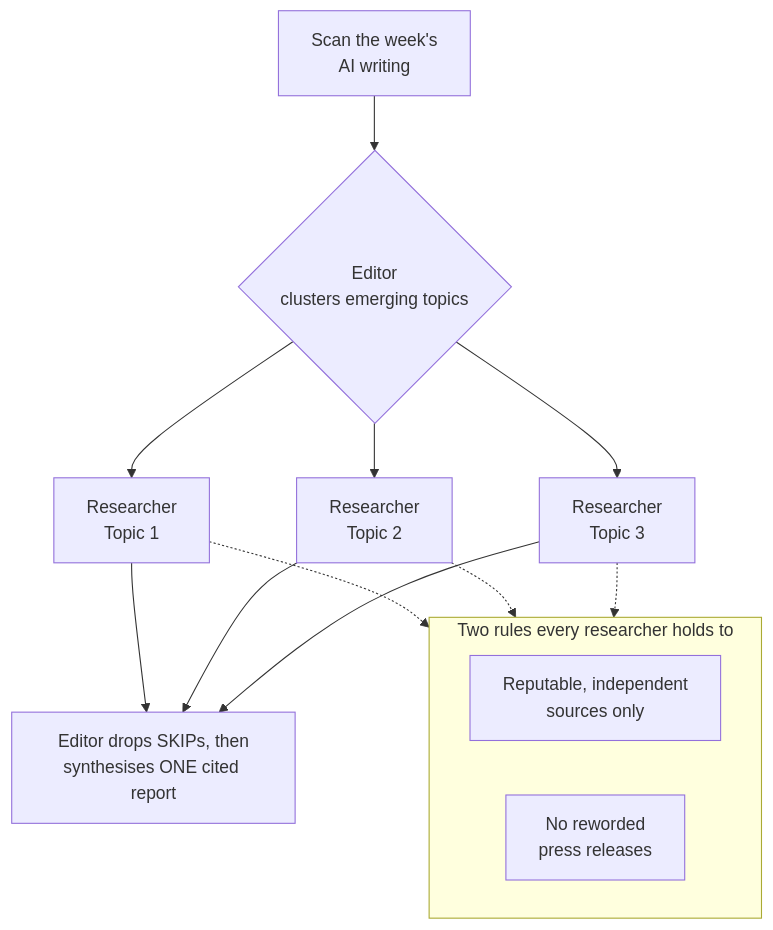
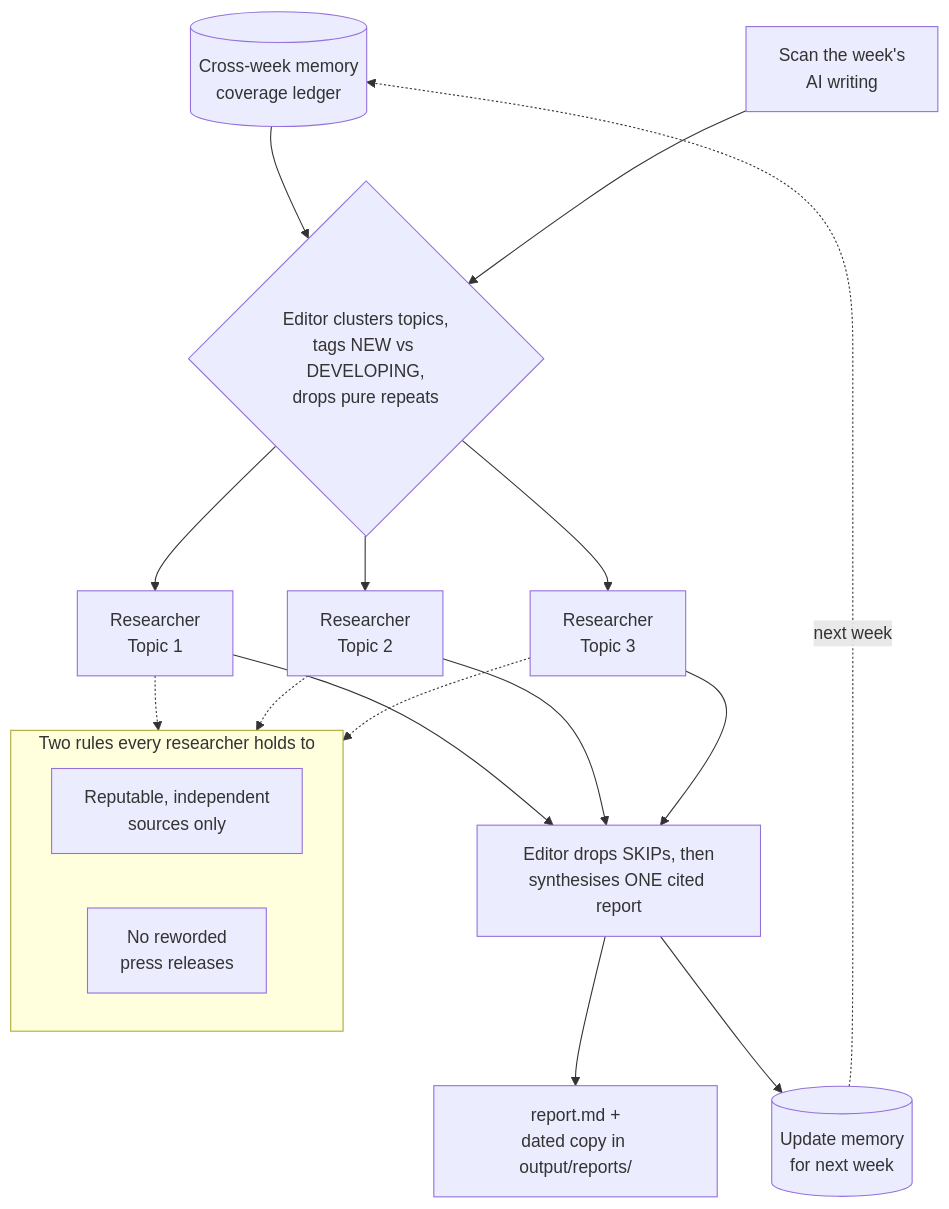
Before and after one commit to joel-langchain/throughline: the diagram in README.md, drawn with Mermaid. The commit also changed other lines of this file, not shown here.

First line of the commit message:
docs: update architecture diagram for memory + report archive

````diff
--- a/README.md
+++ b/README.md
@@ -17,18 +17,22 @@
 ```mermaid
 flowchart TD
-    A[Scan the week's<br/>AI writing] --> B{Editor<br/>clusters emerging topics}
+    MEM[(Cross-week memory<br/>coverage ledger)] --> B
+    A[Scan the week's<br/>AI writing] --> B{Editor clusters topics,<br/>tags NEW vs DEVELOPING,<br/>drops pure repeats}
     B --> R1[Researcher<br/>Topic 1]
     B --> R2[Researcher<br/>Topic 2]
     B --> R3[Researcher<br/>Topic 3]
     subgraph G [Two rules every researcher holds to]
         direction LR
         Q1[Reputable, independent<br/>sources only]
         Q2[No reworded<br/>press releases]
     end
     R1 -.-> G
     R2 -.-> G
     R3 -.-> G
     R1 --> S[Editor drops SKIPs, then<br/>synthesises ONE cited report]
     R2 --> S
     R3 --> S
+    S --> O[report.md +<br/>dated copy in output/reports/]
+    S --> U[(Update memory<br/>for next week)]
+    U -.->|next week| MEM
 ```
````
